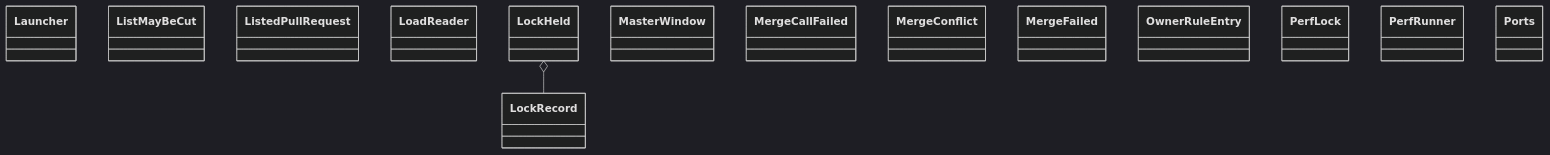
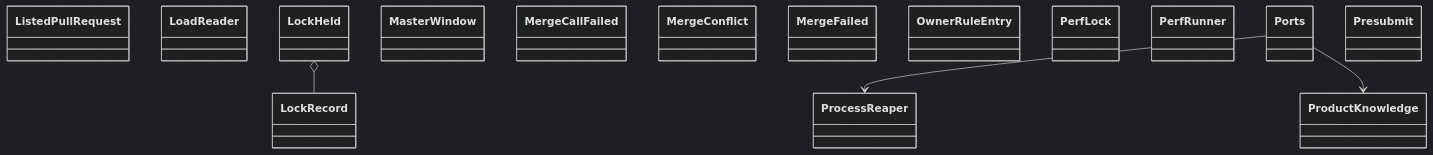
One commit to GonzaloZevallos/agentic-system changed the diagram in docs/architecture/generated/classes-process-application-support-4.md. Above: the diagram before and after it, drawn with Mermaid (dark theme). The commit also changed other lines of this file and 18 other files, not shown here.

````diff
--- a/docs/architecture/generated/classes-process-application-support-4.md
+++ b/docs/architecture/generated/classes-process-application-support-4.md
@@ -20,18 +20,21 @@
 ```mermaid
 classDiagram
-    class ports__Launcher["Launcher"]
-    class ports__ListMayBeCut["ListMayBeCut"]
     class ports__ListedPullRequest["ListedPullRequest"]
     class ports__LoadReader["LoadReader"]
     class ports__LockHeld["LockHeld"]
     class ports__LockRecord["LockRecord"]
     class ports__MasterWindow["MasterWindow"]
     class ports__MergeCallFailed["MergeCallFailed"]
     class ports__MergeConflict["MergeConflict"]
     class ports__MergeFailed["MergeFailed"]
     class ports__OwnerRuleEntry["OwnerRuleEntry"]
     class ports__PerfLock["PerfLock"]
     class ports__PerfRunner["PerfRunner"]
     class ports__Ports["Ports"]
+    class ports__Presubmit["Presubmit"]
+    class ports__ProcessReaper["ProcessReaper"]
+    class ports__ProductKnowledge["ProductKnowledge"]
     ports__LockHeld o-- ports__LockRecord
+    ports__Ports --> ports__ProcessReaper
+    ports__Ports --> ports__ProductKnowledge
 ```
````
